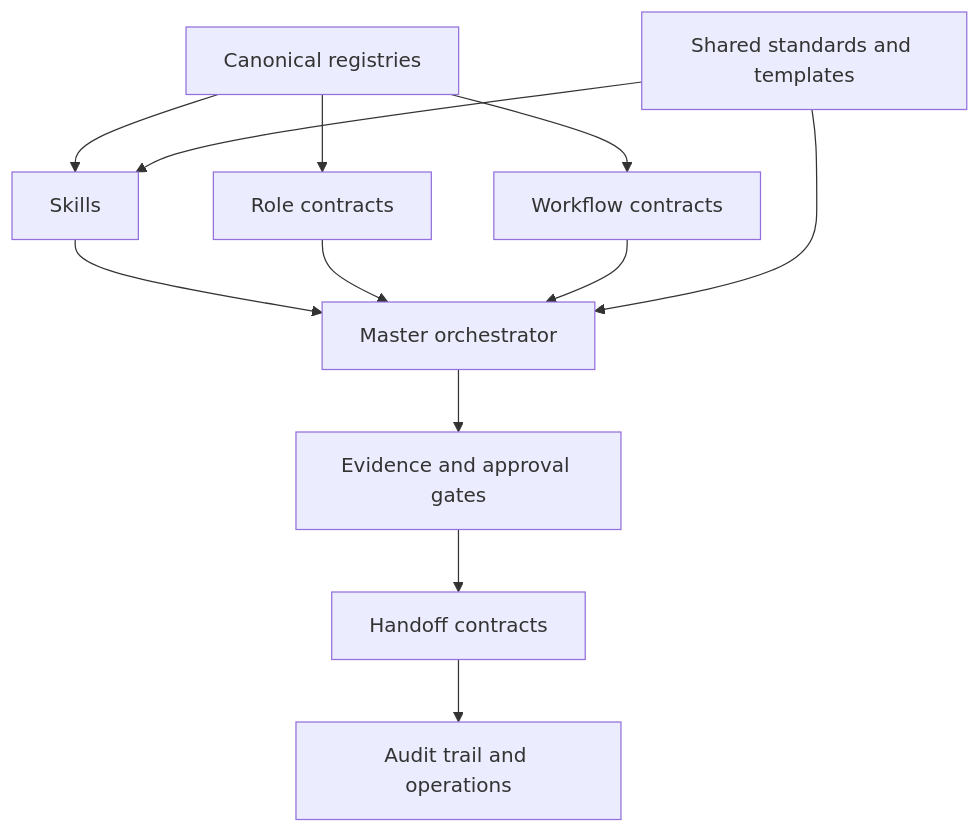
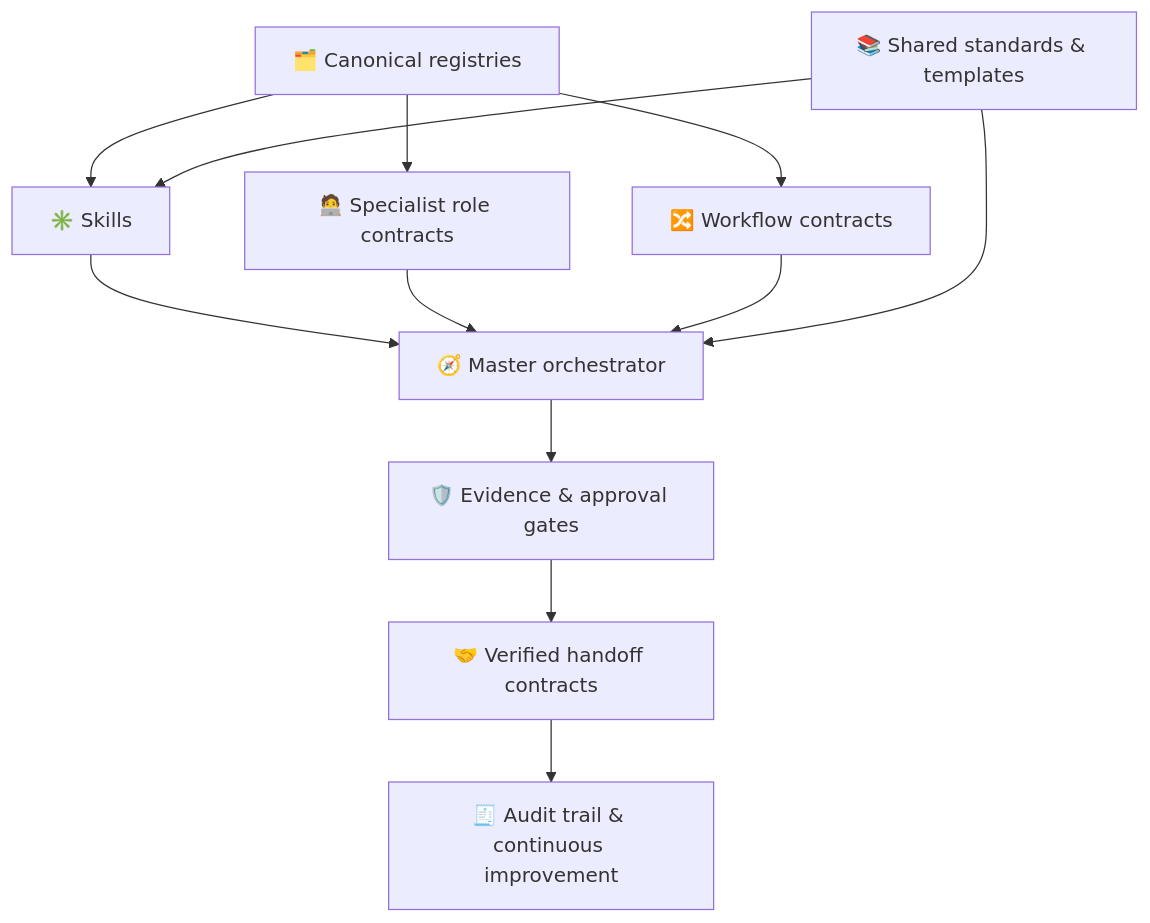
One commit to kirubaharan181/sdlc-agentic-skills changed the third of 3 diagrams in README.md. Above: the diagram before and after it, drawn with Mermaid. The commit also changed other lines of this file and 8 other files, not shown here.

````diff
--- a/README.md
+++ b/README.md
@@ -108,14 +124,14 @@
 ```mermaid
 flowchart TB
-    R[Canonical registries] --> S[Skills]
-    R --> A[Role contracts]
-    R --> W[Workflow contracts]
-    S --> O[Master orchestrator]
+    R["🗂️ Canonical registries"] --> S["✳️ Skills"]
+    R --> A["🧑‍💻 Specialist role contracts"]
+    R --> W["🔀 Workflow contracts"]
+    S --> O["🧭 Master orchestrator"]
     A --> O
     W --> O
-    O --> G[Evidence and approval gates]
-    G --> H[Handoff contracts]
-    H --> X[Audit trail and operations]
-    P[Shared standards and templates] --> S
+    P["📚 Shared standards & templates"] --> S
     P --> O
+    O --> G["🛡️ Evidence & approval gates"]
+    G --> H["🤝 Verified handoff contracts"]
+    H --> X["🧾 Audit trail & continuous improvement"]
 ```
````
